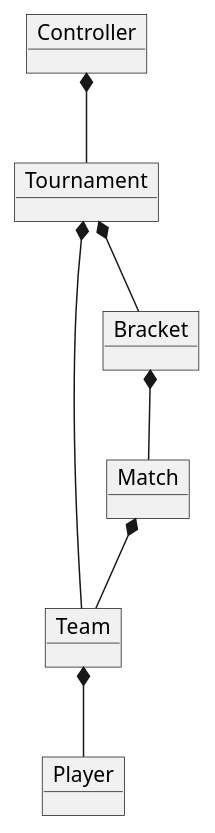
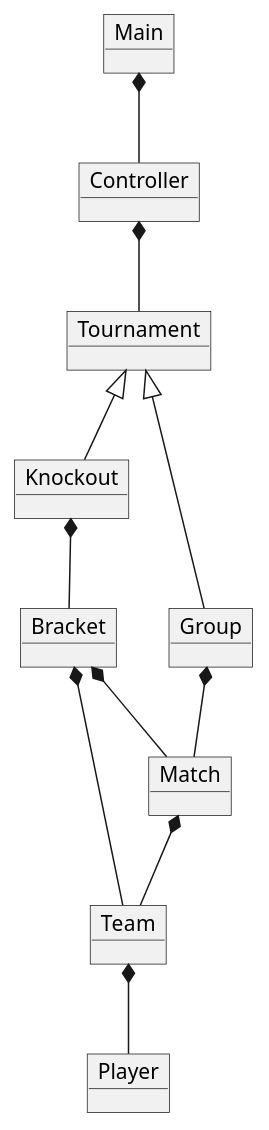
Before and after one commit to Mads725/SP3: the diagram in src/domain model.puml, drawn with PlantUML. The commit also changed 14 other files, not shown here.

```diff
--- a/src/domain model.puml
+++ b/src/domain model.puml
@@ -1,19 +1,23 @@
 @startuml
 object Tournament
+object Main
 object Controller
+object Knockout
+object Group
 object Team
 object Match
 object Bracket
 object Player
 
+Main *-- Controller
 Controller *-- Tournament
-Tournament *-- Bracket
-Tournament *-- Team
+Tournament <|-- Knockout
+Tournament <|-- Group
+Knockout *-- Bracket
+Group *-- Match
 Team *-- Player
-
 Bracket *-- Match
+Bracket *-- Team
 Match *-- Team
 
-
-
 @enduml
```
